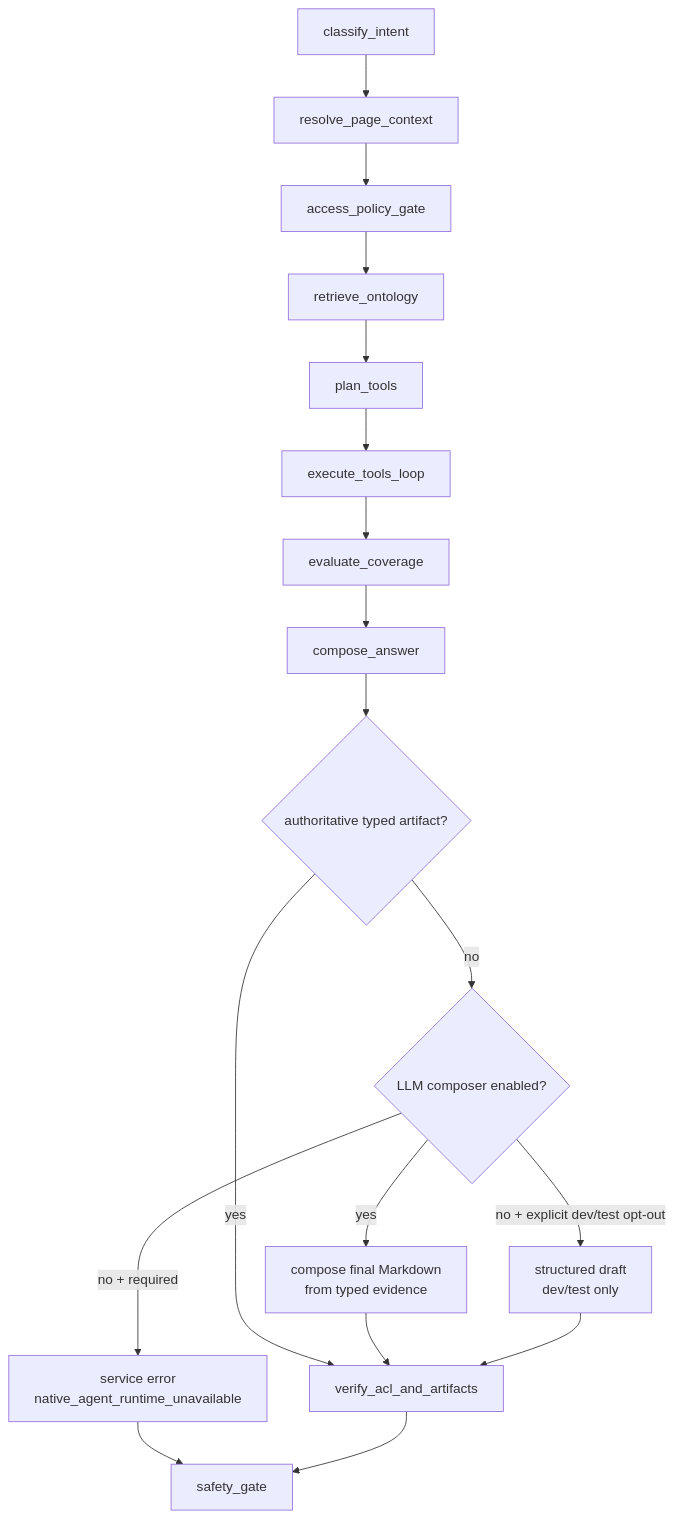
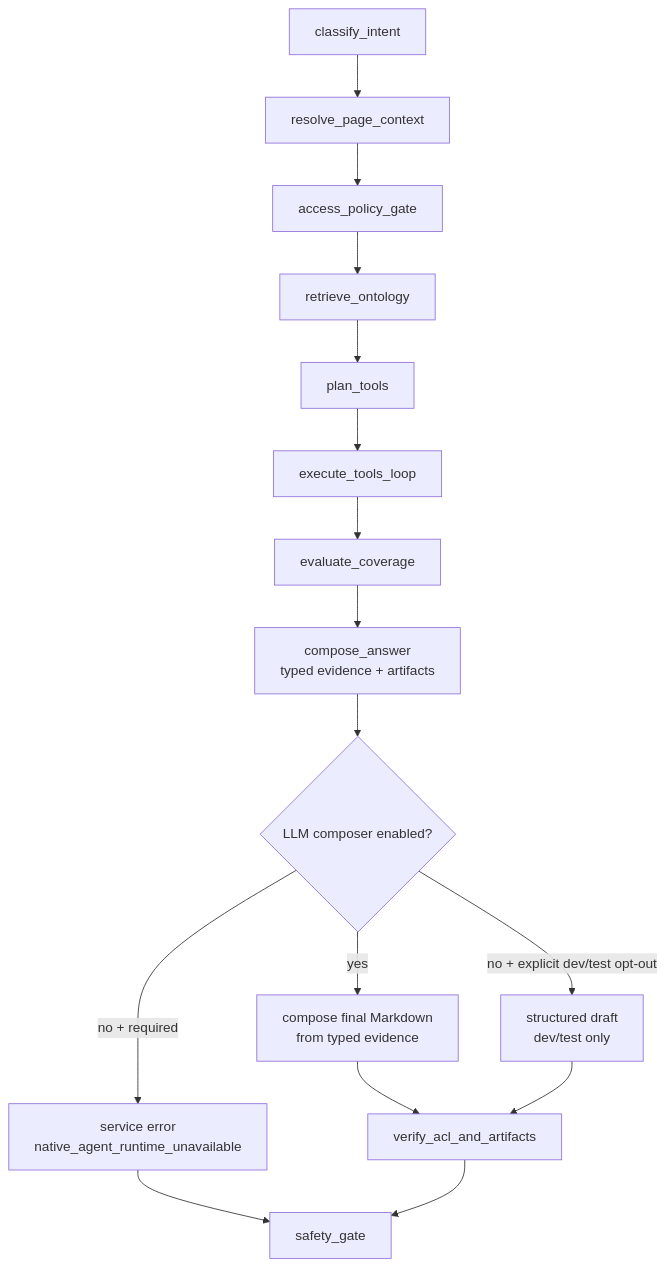
One commit to chokukil/boi-wiki changed the first of 2 diagrams in data/boi/public/boi-wiki-manual/agent/native-boi-agent-tool-loop.md. Above: the diagram before and after it, drawn with Mermaid. The commit also changed other lines of this file and 3 other files, not shown here.

Commit message:
Route Agent artifacts through LLM composer

````diff
--- a/data/boi/public/boi-wiki-manual/agent/native-boi-agent-tool-loop.md
+++ b/data/boi/public/boi-wiki-manual/agent/native-boi-agent-tool-loop.md
@@ -34,20 +34,18 @@
 ```mermaid
 flowchart TD
   A["classify_intent"] --> B["resolve_page_context"]
   B --> ACL["access_policy_gate"]
   ACL --> C["retrieve_ontology"]
   C --> D["plan_tools"]
   D --> E["execute_tools_loop"]
   E --> F["evaluate_coverage"]
-  F --> G["compose_answer"]
-  G --> ART{"authoritative typed artifact?"}
-  ART -->|yes| H["verify_acl_and_artifacts"]
-  ART -->|no| LC{"LLM composer enabled?"}
+  F --> G["compose_answer<br/>typed evidence + artifacts"]
+  G --> LC{"LLM composer enabled?"}
   LC -->|yes| LLM["compose final Markdown<br/>from typed evidence"]
   LC -->|no + required| ERR["service error<br/>native_agent_runtime_unavailable"]
   LC -->|no + explicit dev/test opt-out| DET["structured draft<br/>dev/test only"]
   LLM --> H["verify_acl_and_artifacts"]
   DET --> H
   ERR --> I
   H --> I["safety_gate"]
 ```
````
